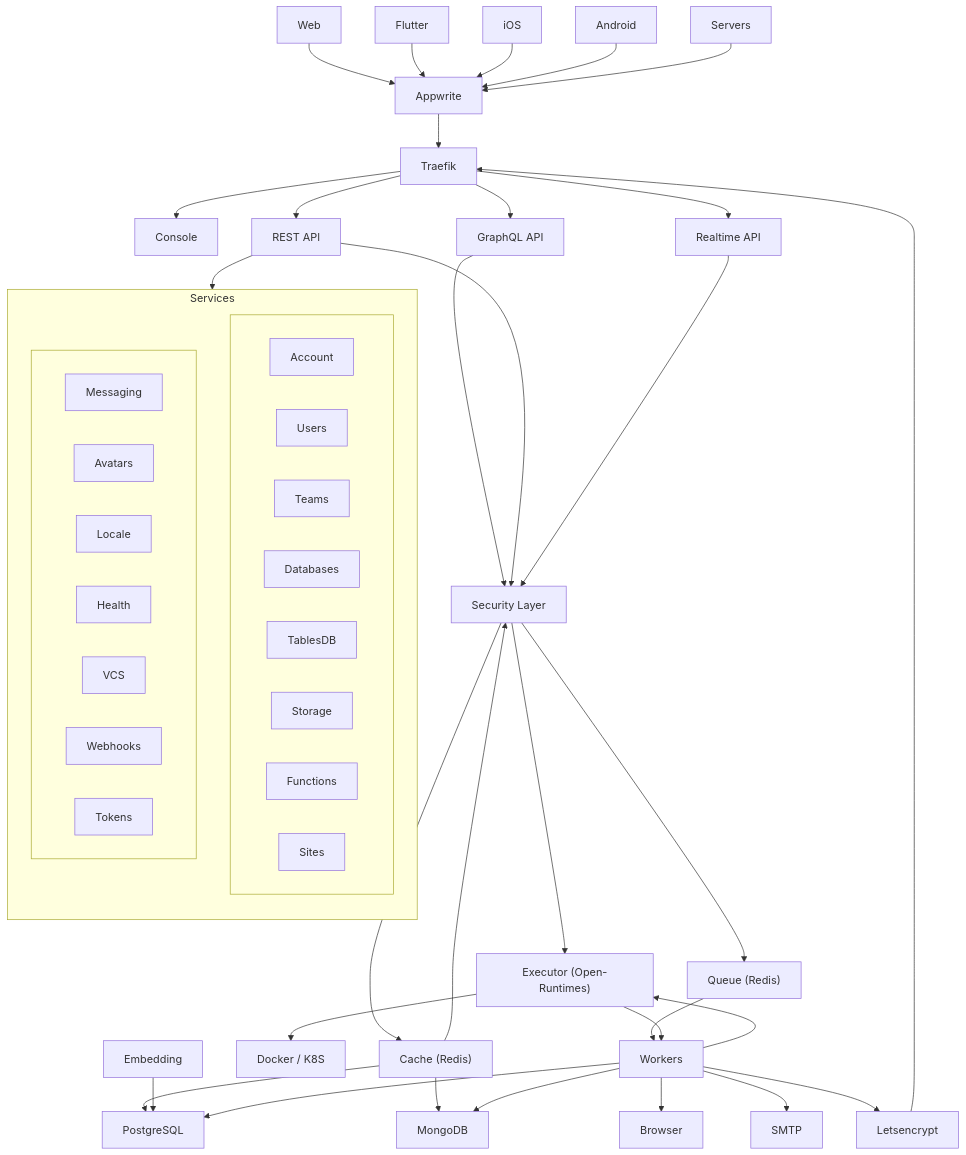
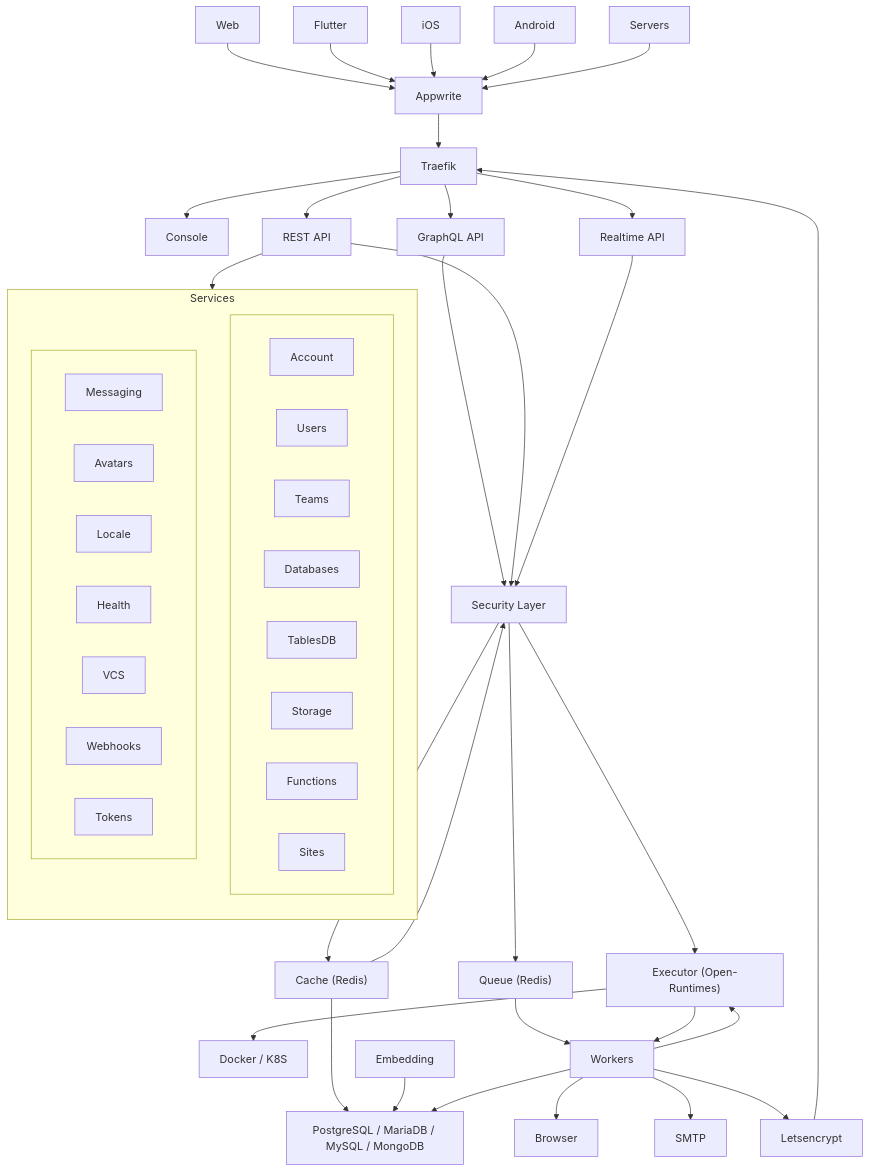
The diagram in README-CN.md (appwrite/appwrite), drawn with Mermaid before and after one commit. The commit also changed 1 other file, not shown here.

Commit message:
docs: show all database adapters in the architecture diagram

````diff
--- a/README-CN.md
+++ b/README-CN.md
@@ -215,65 +215,63 @@
 ```mermaid
 flowchart TB
   Web --> Appwrite
   Flutter --> Appwrite
   iOS --> Appwrite
   Android --> Appwrite
   Servers --> Appwrite
 
   Appwrite --> traefik[Traefik]
   traefik --> Console
   traefik --> restApi[REST API]
   traefik --> graphqlApi[GraphQL API]
   traefik --> realtimeApi[Realtime API]
 
   subgraph services [Services]
     direction TB
     subgraph servicesRow1[" "]
       direction LR
       Account
       Users
       Teams
       Databases
       TablesDB
       Storage
       Functions
       Sites
     end
     subgraph servicesRow2[" "]
       direction LR
       Messaging
       Avatars
       Locale
       Health
       VCS
       Webhooks
       Tokens
     end
   end
 
   restApi --> services
 
   graphqlApi --> securityLayer[Security Layer]
   restApi --> securityLayer
   realtimeApi --> securityLayer
 
   securityLayer --> executor["Executor (Open-Runtimes)"]
   securityLayer --> cache["Cache (Redis)"]
   securityLayer --> queue["Queue (Redis)"]
   cache --> securityLayer
 
   executor --> dockerK8s["Docker / K8S"]
-  cache --> postgresql[PostgreSQL]
-  cache --> mongodb[MongoDB]
-  embedding[Embedding] --> postgresql
+  cache --> database["PostgreSQL / MariaDB / MySQL / MongoDB"]
+  embedding[Embedding] --> database
 
   queue --> workers[Workers]
   executor --> workers
   workers --> executor
-  workers --> postgresql
-  workers --> mongodb
+  workers --> database
   workers --> browser[Browser]
   workers --> SMTP
   workers --> Letsencrypt
   Letsencrypt --> traefik
 ```
````
